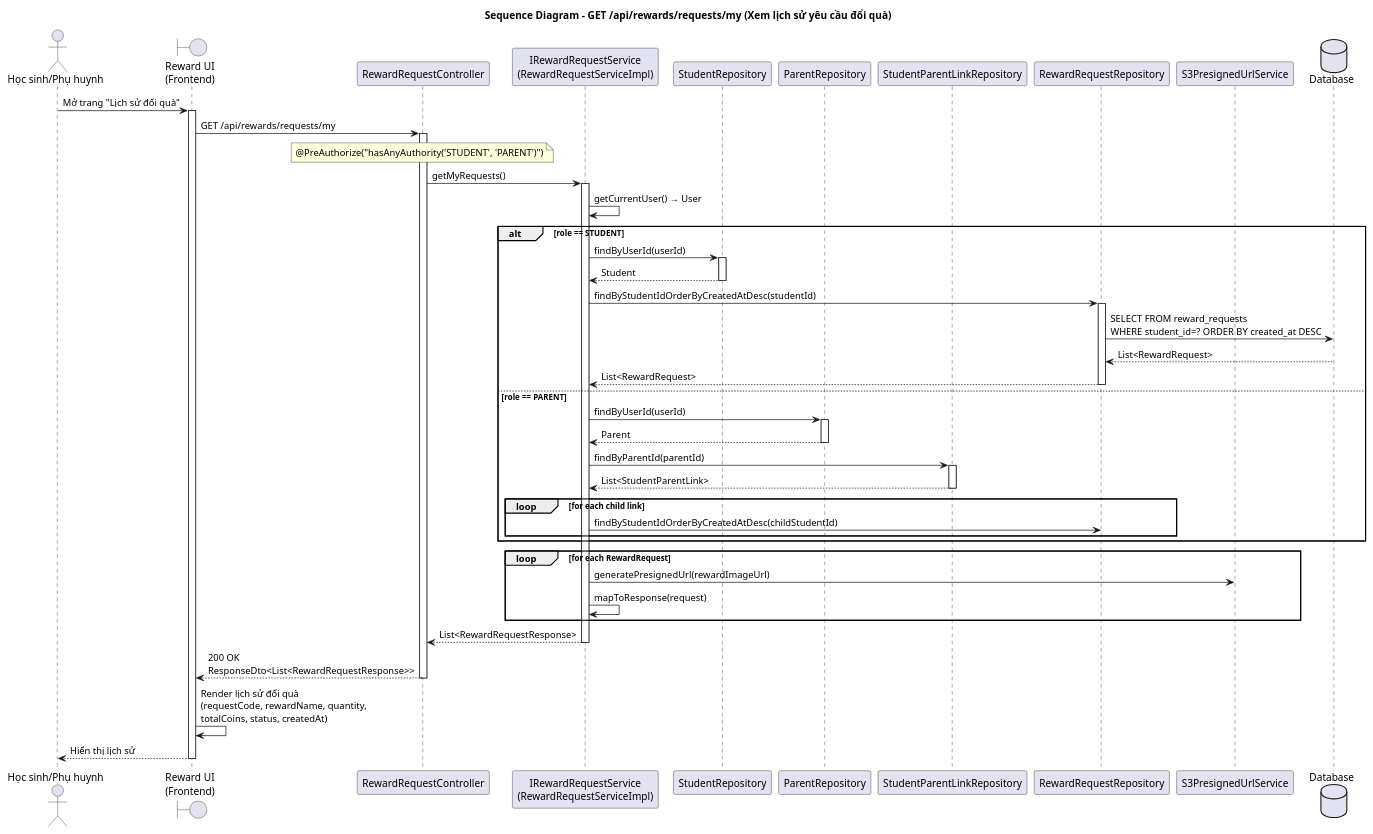
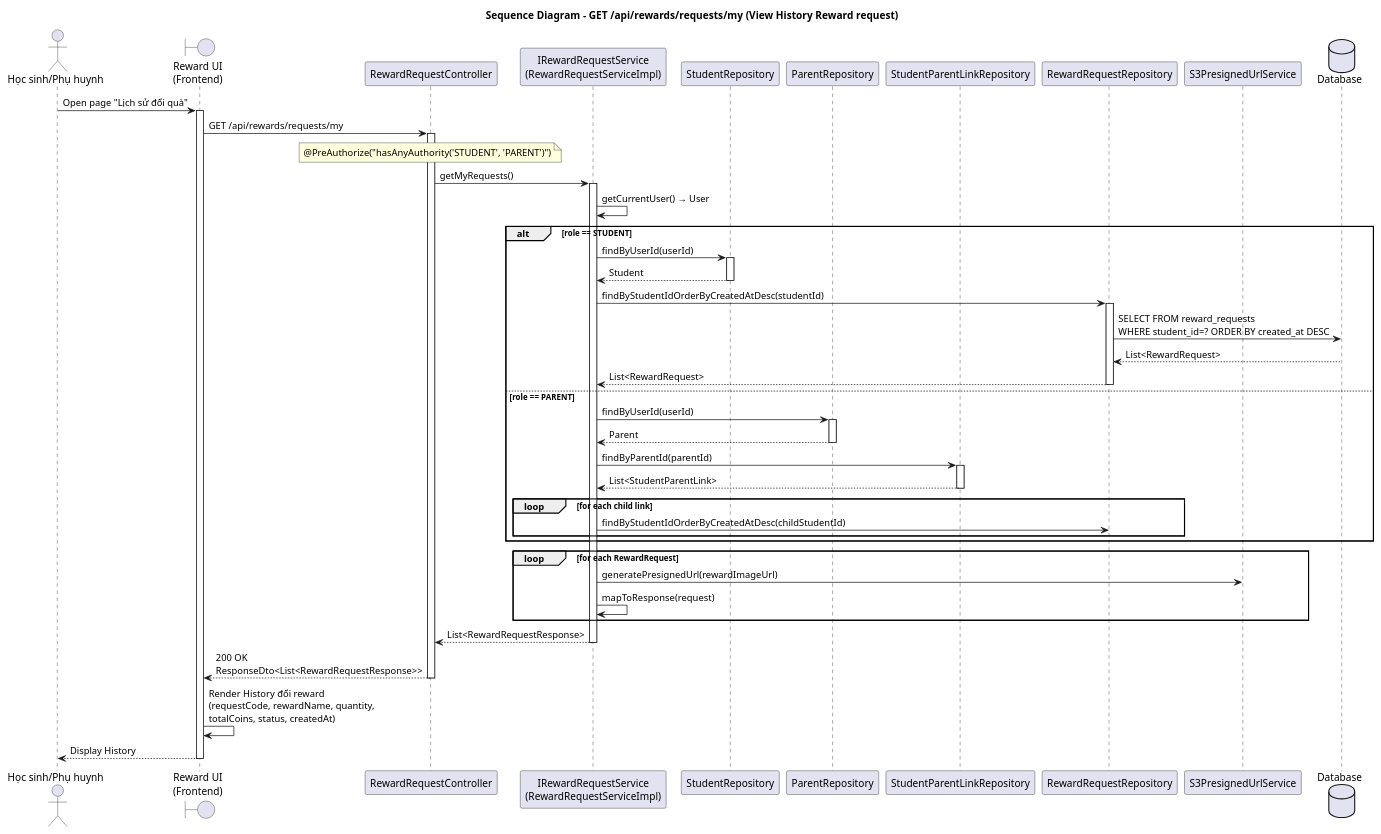
The diagram in src/main/resources/diagram/seq_get_my_reward_requests.puml (EpxrLab/EcoVerse_BE), drawn with PlantUML before and after one commit. The commit also changed 53 other files, not shown here.

```diff
--- a/src/main/resources/diagram/seq_get_my_reward_requests.puml
+++ b/src/main/resources/diagram/seq_get_my_reward_requests.puml
@@ -1,71 +1,71 @@
 @startuml seq_get_my_reward_requests
-title Sequence Diagram - GET /api/rewards/requests/my (Xem lịch sử yêu cầu đổi quà)
+title Sequence Diagram - GET /api/rewards/requests/my (View History Reward request)
 
 actor "Học sinh/Phụ huynh" as user
 boundary "Reward UI\n(Frontend)" as ui
 participant "RewardRequestController" as ctrl
 participant "IRewardRequestService\n(RewardRequestServiceImpl)" as svc
 participant "StudentRepository" as stuRepo
 participant "ParentRepository" as parRepo
 participant "StudentParentLinkRepository" as splRepo
 participant "RewardRequestRepository" as rrRepo
 participant "S3PresignedUrlService" as s3Svc
 database "Database" as db
 
-user -> ui : Mở trang "Lịch sử đổi quà"
+user -> ui : Open page "Lịch sử đổi quà"
 activate ui
 
 ui -> ctrl : GET /api/rewards/requests/my
 activate ctrl
 note over ctrl : @PreAuthorize("hasAnyAuthority('STUDENT', 'PARENT')")
 
 ctrl -> svc : getMyRequests()
 activate svc
 
 svc -> svc : getCurrentUser() → User
 
 alt role == STUDENT
-    svc -> stuRepo : findByUserId(userId)
-    activate stuRepo
-    stuRepo --> svc : Student
-    deactivate stuRepo
+ svc -> stuRepo : findByUserId(userId)
+ activate stuRepo
+ stuRepo --> svc : Student
+ deactivate stuRepo
 
-    svc -> rrRepo : findByStudentIdOrderByCreatedAtDesc(studentId)
-    activate rrRepo
-    rrRepo -> db : SELECT FROM reward_requests\nWHERE student_id=? ORDER BY created_at DESC
-    db --> rrRepo : List<RewardRequest>
-    rrRepo --> svc : List<RewardRequest>
-    deactivate rrRepo
+ svc -> rrRepo : findByStudentIdOrderByCreatedAtDesc(studentId)
+ activate rrRepo
+ rrRepo -> db : SELECT FROM reward_requests\nWHERE student_id=? ORDER BY created_at DESC
+ db --> rrRepo : List<RewardRequest>
+ rrRepo --> svc : List<RewardRequest>
+ deactivate rrRepo
 
 else role == PARENT
-    svc -> parRepo : findByUserId(userId)
-    activate parRepo
-    parRepo --> svc : Parent
-    deactivate parRepo
+ svc -> parRepo : findByUserId(userId)
+ activate parRepo
+ parRepo --> svc : Parent
+ deactivate parRepo
 
-    svc -> splRepo : findByParentId(parentId)
-    activate splRepo
-    splRepo --> svc : List<StudentParentLink>
-    deactivate splRepo
+ svc -> splRepo : findByParentId(parentId)
+ activate splRepo
+ splRepo --> svc : List<StudentParentLink>
+ deactivate splRepo
 
-    loop for each child link
-        svc -> rrRepo : findByStudentIdOrderByCreatedAtDesc(childStudentId)
-    end
+ loop for each child link
+ svc -> rrRepo : findByStudentIdOrderByCreatedAtDesc(childStudentId)
+ end
 end
 
 loop for each RewardRequest
-    svc -> s3Svc : generatePresignedUrl(rewardImageUrl)
-    svc -> svc : mapToResponse(request)
+ svc -> s3Svc : generatePresignedUrl(rewardImageUrl)
+ svc -> svc : mapToResponse(request)
 end
 
 svc --> ctrl : List<RewardRequestResponse>
 deactivate svc
 
 ctrl --> ui : 200 OK\nResponseDto<List<RewardRequestResponse>>
 deactivate ctrl
 
-ui -> ui : Render lịch sử đổi quà\n(requestCode, rewardName, quantity,\ntotalCoins, status, createdAt)
-ui --> user : Hiển thị lịch sử
+ui -> ui : Render History đổi reward\n(requestCode, rewardName, quantity,\ntotalCoins, status, createdAt)
+ui --> user : Display History
 deactivate ui
 
 @enduml
```
